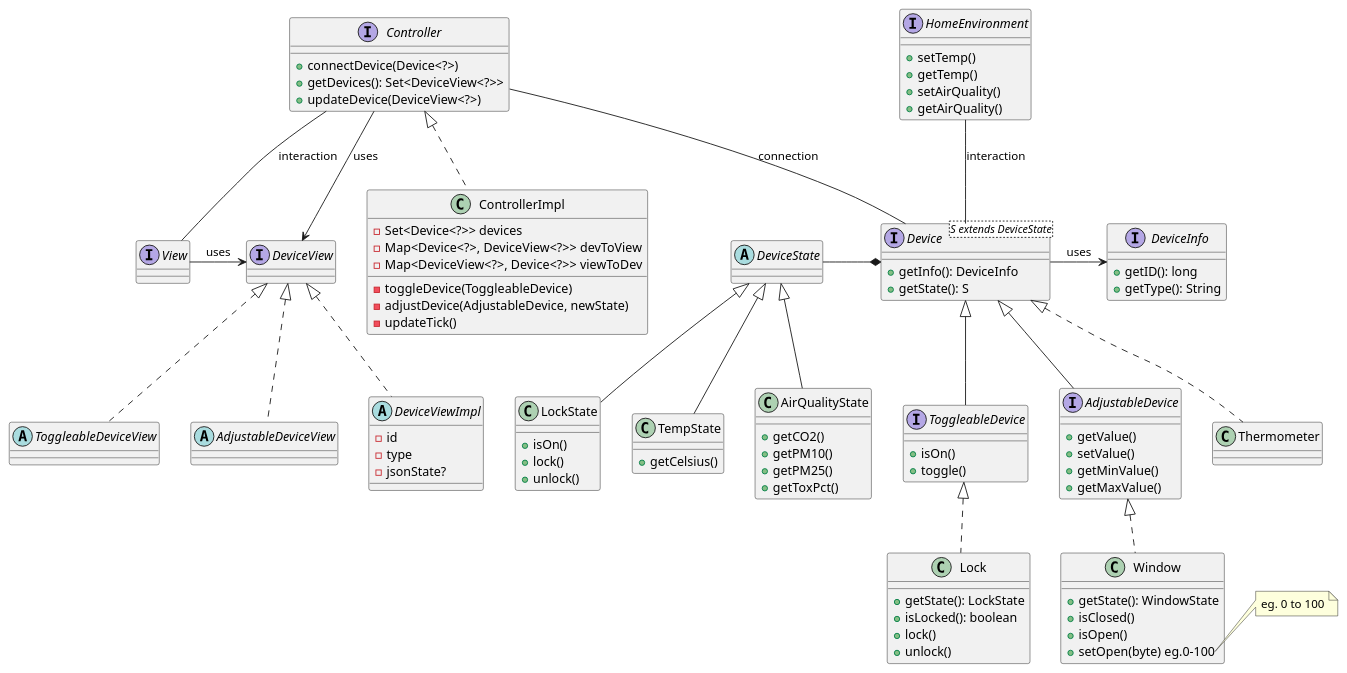
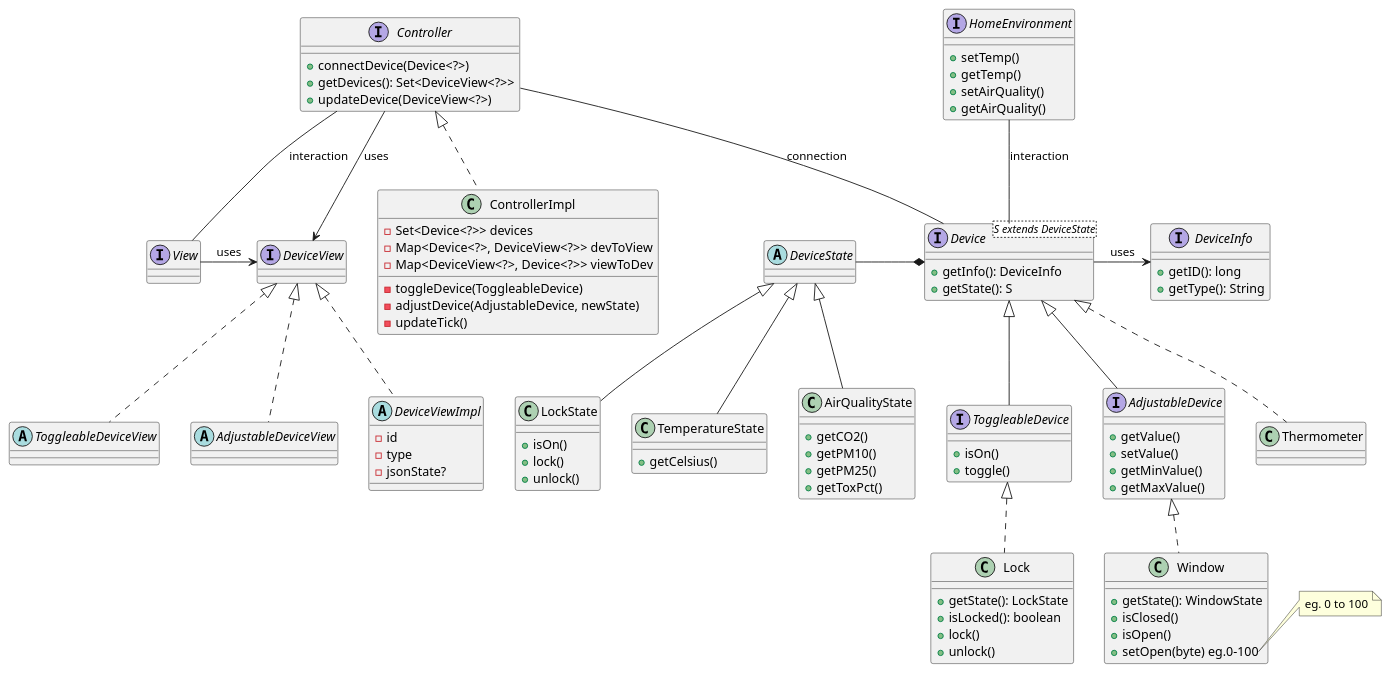
One commit to progetto-oop-22-23/OOP-report changed the diagram in uml/wip2.plantuml. Above: the diagram before and after it, drawn with PlantUML.

Commit message:
[uml] rename TemperatureState

```diff
--- a/uml/wip2.plantuml
+++ b/uml/wip2.plantuml
@@ -1,119 +1,119 @@
 @startuml
 
 /' MODEL '/
 
 interface Controller {
 	+ connectDevice(Device<?>)
 	+ getDevices(): Set<DeviceView<?>>
 	+ updateDevice(DeviceView<?>)
 }
 
 class ControllerImpl implements Controller {
 	- Set<Device<?>> devices
 	- Map<Device<?>, DeviceView<?>> devToView
 	- Map<DeviceView<?>, Device<?>> viewToDev
 	- toggleDevice(ToggleableDevice)
 	- adjustDevice(AdjustableDevice, newState)
 	- updateTick()
 }
 
 interface Device<S extends DeviceState> {
 	+ getInfo(): DeviceInfo
 	+ getState(): S
 }
 
 interface ToggleableDevice implements Device {
 	+ isOn()
 	+ toggle()
 }
 
 interface AdjustableDevice implements Device {
 	+ getValue()
 	+ setValue()
 	+ getMinValue()
 	+ getMaxValue()
 }
 
 interface DeviceInfo {
 	+ getID(): long
 	+ getType(): String
 }
 
 abstract class DeviceState {}
 
 class LockState extends DeviceState {
 	+ isOn()
 	+ lock()
 	+ unlock()
 }
 
-class TempState extends DeviceState {
+class TemperatureState extends DeviceState {
 	+ getCelsius()
 }
 
 class AirQualityState extends DeviceState {
 	+ getCO2()
 	+ getPM10()
 	+ getPM25()
 	+ getToxPct()
 }
 
 class Lock implements ToggleableDevice {
 	+ getState(): LockState
 	+ isLocked(): boolean
 	+ lock()
 	+ unlock()
 }
 
 class Thermometer implements Device {}
 
 class Window implements AdjustableDevice {
 	+ getState(): WindowState
 	+ isClosed()
 	+ isOpen()
 	+ setOpen(byte) eg.0-100
 }
 note right of Window::setOpen
 eg. 0 to 100
 end note
 
 /' VIEW '/
 
 interface DeviceView {
 
 }
 
 abstract class ToggleableDeviceView implements DeviceView {}
 abstract class AdjustableDeviceView implements DeviceView {}
 
 abstract class DeviceViewImpl implements DeviceView {
 	- id
 	- type
 	- jsonState?
 }
 
 interface View {}
 
 /' LINKS '/
 
 Controller -- Device: connection
 Device -> DeviceInfo: uses
 Controller -> DeviceView: uses
 Controller -- View: interaction
 View -> DeviceView: uses
 
 'LockState -* Device
 'TempState -* Device
 'AirQualityState -* Device
 DeviceState -* Device
 
 interface HomeEnvironment {
 	+ setTemp()
 	+ getTemp()
 	+ setAirQuality()
 	+ getAirQuality()
 }
 
 HomeEnvironment -- Device: interaction
 
 @enduml
```
